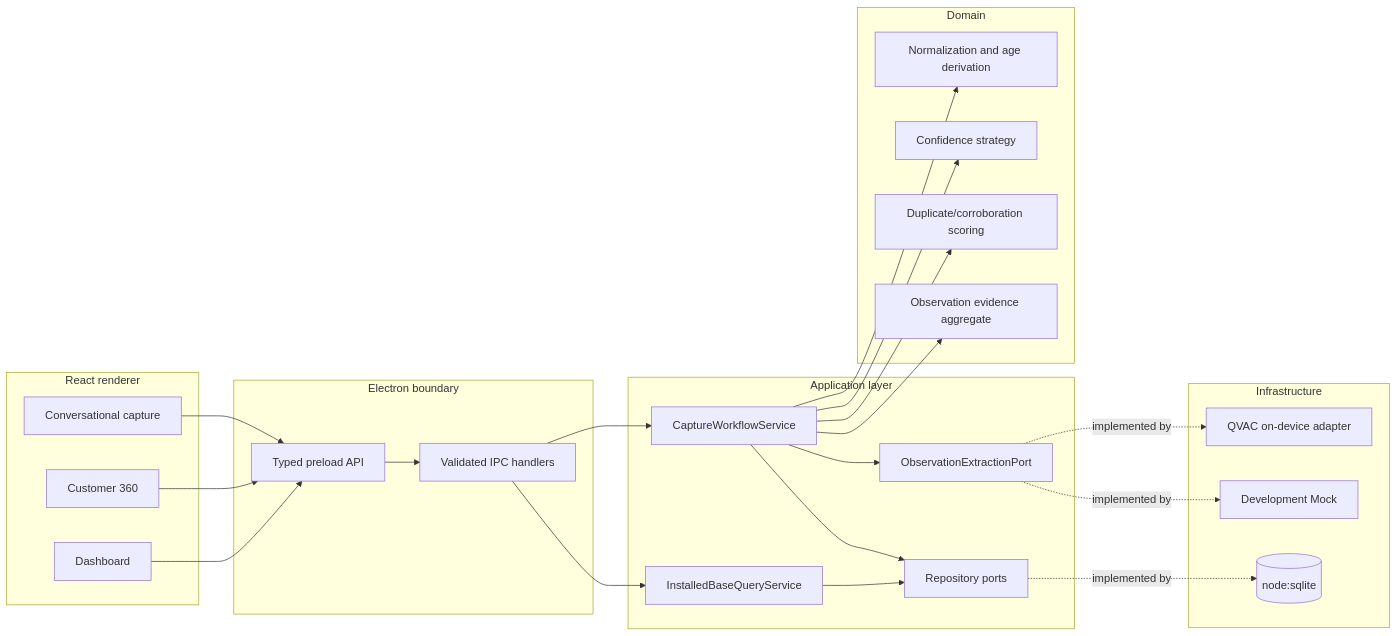
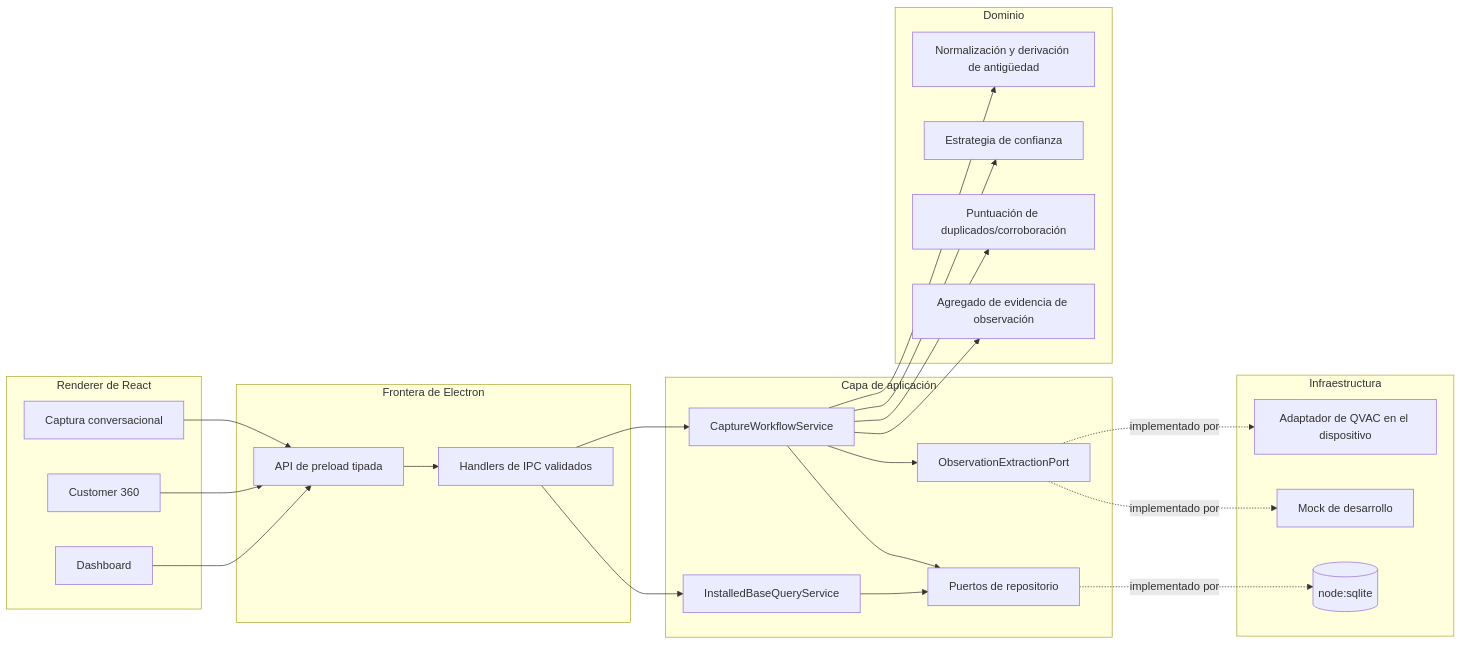
Before and after one commit to MrFengH/Lua_Base_Intellingece: the first of 2 diagrams in docs/ARCHITECTURE.md, drawn with Mermaid. The commit also changed other lines of this file and 26 other files, not shown here.

````diff
--- a/docs/ARCHITECTURE.md
+++ b/docs/ARCHITECTURE.md
@@ -7,48 +7,48 @@
 ```mermaid
 flowchart LR
-  subgraph Renderer[React renderer]
-    Capture[Conversational capture]
+  subgraph Renderer[Renderer de React]
+    Capture[Captura conversacional]
     C360[Customer 360]
     Dash[Dashboard]
   end
 
-  subgraph Electron[Electron boundary]
-    Preload[Typed preload API]
-    IPC[Validated IPC handlers]
+  subgraph Electron[Frontera de Electron]
+    Preload[API de preload tipada]
+    IPC[Handlers de IPC validados]
   end
 
-  subgraph Application[Application layer]
+  subgraph Application[Capa de aplicación]
     Workflow[CaptureWorkflowService]
     Queries[InstalledBaseQueryService]
     ExtractPort[ObservationExtractionPort]
-    RepoPort[Repository ports]
+    RepoPort[Puertos de repositorio]
   end
 
-  subgraph Domain[Domain]
-    Rules[Normalization and age derivation]
-    Confidence[Confidence strategy]
-    Duplicate[Duplicate/corroboration scoring]
-    Evidence[Observation evidence aggregate]
+  subgraph Domain[Dominio]
+    Rules[Normalización y derivación de antigüedad]
+    Confidence[Estrategia de confianza]
+    Duplicate[Puntuación de duplicados/corroboración]
+    Evidence[Agregado de evidencia de observación]
   end
 
-  subgraph Infrastructure[Infrastructure]
-    QVAC[QVAC on-device adapter]
-    Mock[Development Mock]
+  subgraph Infrastructure[Infraestructura]
+    QVAC[Adaptador de QVAC en el dispositivo]
+    Mock[Mock de desarrollo]
     SQLite[(node:sqlite)]
   end
 
   Capture --> Preload --> IPC --> Workflow
   C360 --> Preload
   Dash --> Preload
   IPC --> Queries
   Workflow --> ExtractPort
   Workflow --> RepoPort
   Workflow --> Rules
   Workflow --> Confidence
   Workflow --> Duplicate
   Workflow --> Evidence
-  ExtractPort -. implemented by .-> QVAC
-  ExtractPort -. implemented by .-> Mock
-  RepoPort -. implemented by .-> SQLite
+  ExtractPort -. implementado por .-> QVAC
+  ExtractPort -. implementado por .-> Mock
+  RepoPort -. implementado por .-> SQLite
   Queries --> RepoPort
 ```
````
